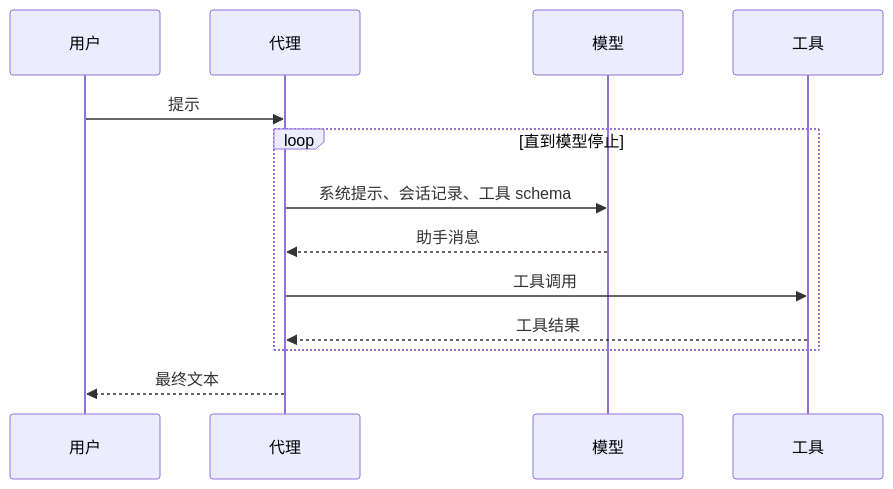
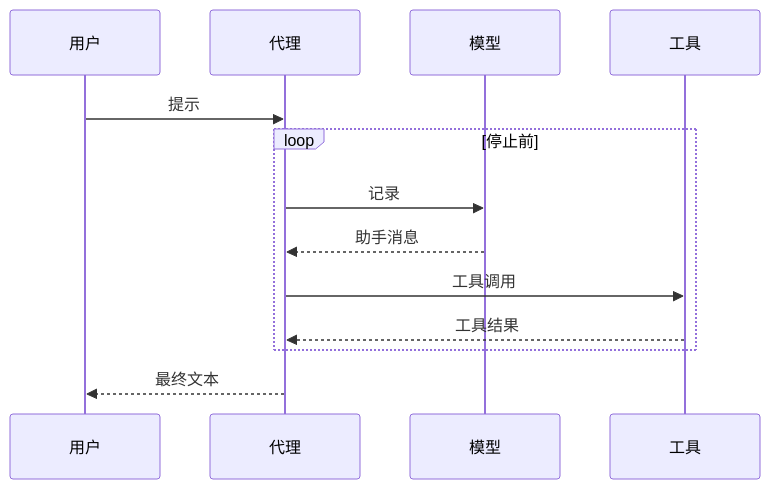
One commit to zyy17/pigo changed the second of 2 diagrams in README.zh-CN.md. Above: the diagram before and after it, drawn with Mermaid. The commit also changed other lines of this file and 5 other files, not shown here.

First line of the commit message:
docs: fix clipped labels in TUI diagrams

````diff
--- a/README.zh-CN.md
+++ b/README.zh-CN.md
@@ -41,15 +41,15 @@
 ```mermaid
 sequenceDiagram
     participant User as 用户
     participant Agent as 代理
     participant Model as 模型
     participant Tools as 工具
     User->>Agent: 提示
-    loop 直到模型停止
-        Agent->>Model: 系统提示、会话记录、工具 schema
+    loop 停止前
+        Agent->>Model: 记录
         Model-->>Agent: 助手消息
         Agent->>Tools: 工具调用
         Tools-->>Agent: 工具结果
     end
     Agent-->>User: 最终文本
 ```
````
